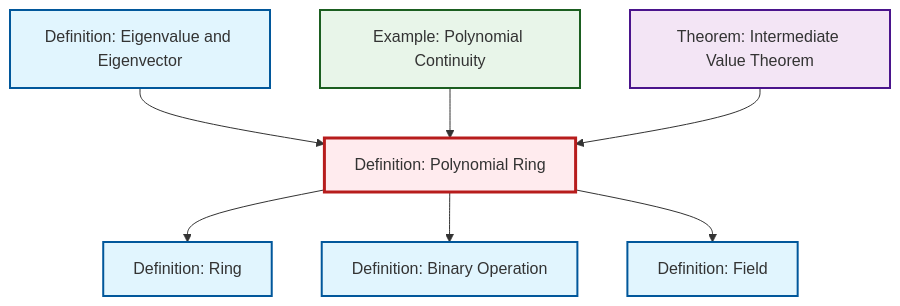
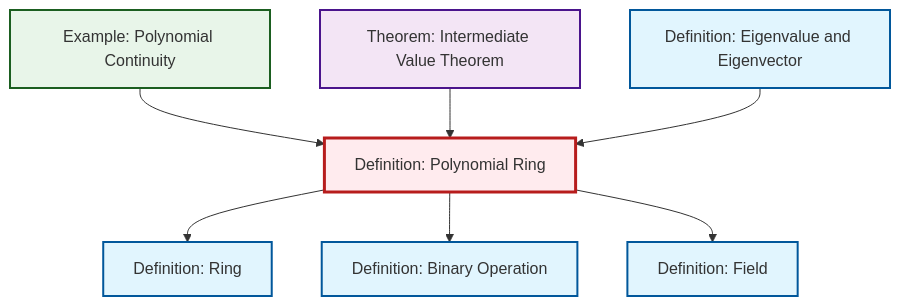
The diagram in content/en/algebra/def-polynomial-ring.qmd (RK0429/ModernMath), drawn with Mermaid before and after one commit. The commit also changed other lines of this file and 497 other files, not shown here.

````diff
--- a/content/en/algebra/def-polynomial-ring.qmd
+++ b/content/en/algebra/def-polynomial-ring.qmd
@@ -93,29 +93,29 @@
 ```{mermaid}
 %%| fig-cap: "Local dependency graph"
 graph TD
     classDef definition fill:#e1f5fe,stroke:#01579b,stroke-width:2px
     classDef theorem fill:#f3e5f5,stroke:#4a148c,stroke-width:2px
     classDef axiom fill:#fff3e0,stroke:#e65100,stroke-width:2px
     classDef example fill:#e8f5e9,stroke:#1b5e20,stroke-width:2px
     classDef current fill:#ffebee,stroke:#b71c1c,stroke-width:3px
+    def-field["Definition: Field"]:::definition
+    def-eigenvalue-eigenvector["Definition: Eigenvalue and Eigenvector"]:::definition
+    thm-intermediate-value["Theorem: Intermediate Value Theorem"]:::theorem
+    def-binary-operation["Definition: Binary Operation"]:::definition
+    def-ring["Definition: Ring"]:::definition
     ex-polynomial-continuity["Example: Polynomial Continuity"]:::example
-    def-field["Definition: Field"]:::definition
-    thm-intermediate-value["Theorem: Intermediate Value Theorem"]:::theorem
-    def-eigenvalue-eigenvector["Definition: Eigenvalue and Eigenvector"]:::definition
     def-polynomial-ring["Definition: Polynomial Ring"]:::definition
-    def-ring["Definition: Ring"]:::definition
-    def-binary-operation["Definition: Binary Operation"]:::definition
-    def-eigenvalue-eigenvector --> def-polynomial-ring
+    ex-polynomial-continuity --> def-polynomial-ring
     def-polynomial-ring --> def-ring
-    ex-polynomial-continuity --> def-polynomial-ring
-    thm-intermediate-value --> def-polynomial-ring
     def-polynomial-ring --> def-binary-operation
     def-polynomial-ring --> def-field
+    thm-intermediate-value --> def-polynomial-ring
+    def-eigenvalue-eigenvector --> def-polynomial-ring
     class def-polynomial-ring current
+    click def-field "def-field.html" "Go to Field definition"
+    click def-eigenvalue-eigenvector "def-eigenvalue-eigenvector.html" "Go to Eigenvalue and Eigenvector definition"
+    click thm-intermediate-value "thm-intermediate-value.html" "Go to Intermediate Value Theorem theorem"
+    click def-binary-operation "def-binary-operation.html" "Go to Binary Operation definition"
+    click def-ring "def-ring.html" "Go to Ring definition"
     click ex-polynomial-continuity "ex-polynomial-continuity.html" "Go to Polynomial Continuity example"
-    click def-field "def-field.html" "Go to Field definition"
-    click thm-intermediate-value "thm-intermediate-value.html" "Go to Intermediate Value Theorem theorem"
-    click def-eigenvalue-eigenvector "def-eigenvalue-eigenvector.html" "Go to Eigenvalue and Eigenvector definition"
-    click def-ring "def-ring.html" "Go to Ring definition"
-    click def-binary-operation "def-binary-operation.html" "Go to Binary Operation definition"
 ```
````
